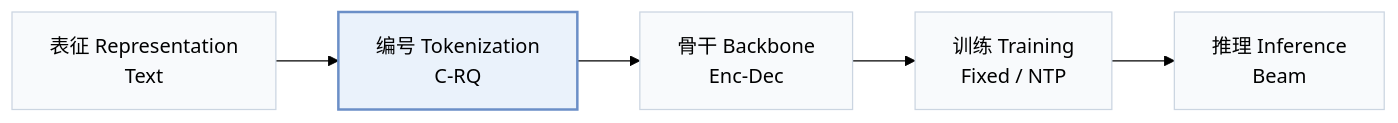
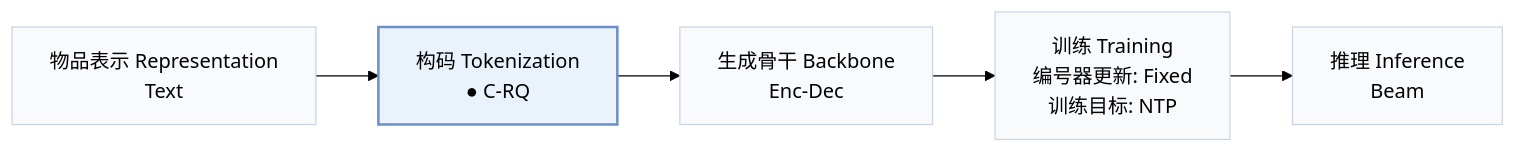
One commit to Galaxy-ghost/Awesome-SID-Generative-Rec changed the first of 2 diagrams in pages/zh/papers/cost.md. Above: the diagram before and after it, drawn with Mermaid (forest theme). The commit also changed other lines of this file and 558 other files, not shown here.

````diff
--- a/pages/zh/papers/cost.md
+++ b/pages/zh/papers/cost.md
@@ -15,8 +18,8 @@
 ```mermaid
 flowchart LR
-    R["表征 Representation<br/>Text"] --> T["编号 Tokenization<br/>C-RQ"] --> B["骨干 Backbone<br/>Enc-Dec"] --> TR["训练 Training<br/>Fixed / NTP"] --> I["推理 Inference<br/>Beam"]
+    R["物品表示 Representation<br/>Text"] --> T["构码 Tokenization<br/>● C-RQ"] --> B["生成骨干 Backbone<br/>Enc-Dec"] --> TR["训练 Training<br/>编号器更新: Fixed<br/>训练目标: NTP"] --> I["推理 Inference<br/>Beam"]
     classDef base fill:#f8fafc,stroke:#cbd5e1
     class R,T,B,TR,I base
     classDef main fill:#eaf2fb,stroke:#6b8fc7,stroke-width:2px
     class T main
 ```
````
